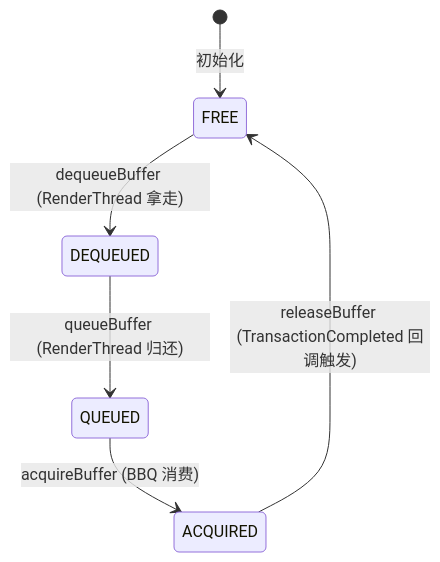
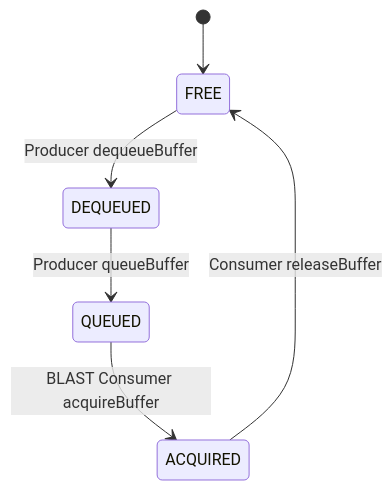
One commit to Gracker/android-internals-wiki changed the first of 2 diagrams in src/part2-performance/ch18-rendering-pipelines/02-android-view-standard.md. Above: the diagram before and after it, drawn with Mermaid. The commit also changed other lines of this file, not shown here.

````diff
--- a/src/part2-performance/ch18-rendering-pipelines/02-android-view-standard.md
+++ b/src/part2-performance/ch18-rendering-pipelines/02-android-view-standard.md
@@ -143,8 +183,8 @@
 ```mermaid
 stateDiagram-v2
-    [*] --> FREE: 初始化
-    FREE --> DEQUEUED: dequeueBuffer (RenderThread 拿走)
-    DEQUEUED --> QUEUED: queueBuffer (RenderThread 归还)
-    QUEUED --> ACQUIRED: acquireBuffer (BBQ 消费)
-    ACQUIRED --> FREE: releaseBuffer (TransactionCompleted 回调触发)
+    [*] --> FREE
+    FREE --> DEQUEUED: Producer dequeueBuffer
+    DEQUEUED --> QUEUED: Producer queueBuffer
+    QUEUED --> ACQUIRED: BLAST Consumer acquireBuffer
+    ACQUIRED --> FREE: Consumer releaseBuffer
 ```
````
